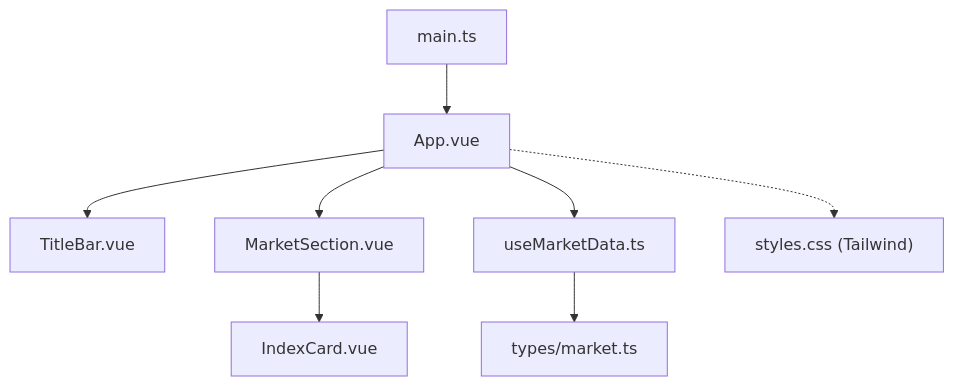
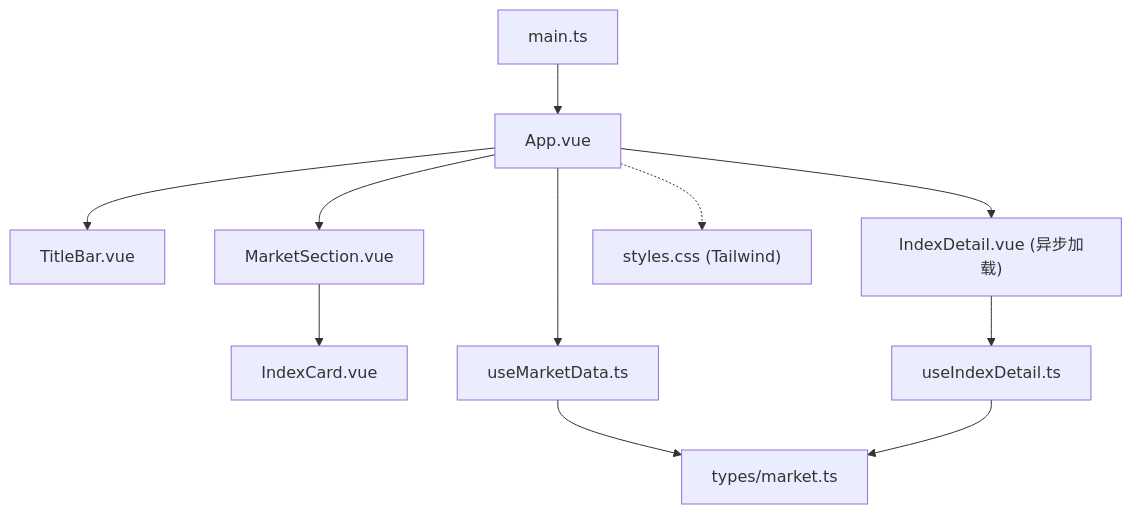
One commit to jiashaoying/hq-kanban-app changed the first of 5 diagrams in .qoder/repowiki/zh/content/前端开发/组件系统/App根组件.md. Above: the diagram before and after it, drawn with Mermaid. The commit also changed other lines of this file and 7 other files, not shown here.

````diff
--- a/.qoder/repowiki/zh/content/前端开发/组件系统/App根组件.md
+++ b/.qoder/repowiki/zh/content/前端开发/组件系统/App根组件.md
@@ -42,10 +54,13 @@
 ```mermaid
 graph TB
 main_ts["main.ts"] --> app_vue["App.vue"]
 app_vue --> title_bar["TitleBar.vue"]
 app_vue --> market_section["MarketSection.vue"]
 market_section --> index_card["IndexCard.vue"]
+app_vue --> index_detail["IndexDetail.vue (异步加载)"]
 app_vue --> use_market_data["useMarketData.ts"]
+index_detail --> use_index_detail["useIndexDetail.ts"]
 use_market_data --> types_market["types/market.ts"]
+use_index_detail --> types_market
 app_vue -.-> styles_css["styles.css (Tailwind)"]
 ```
````
